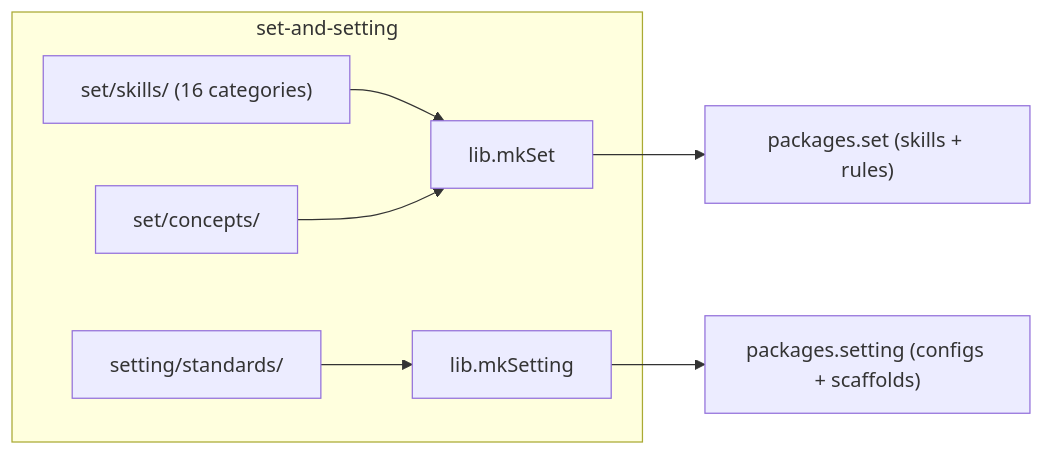
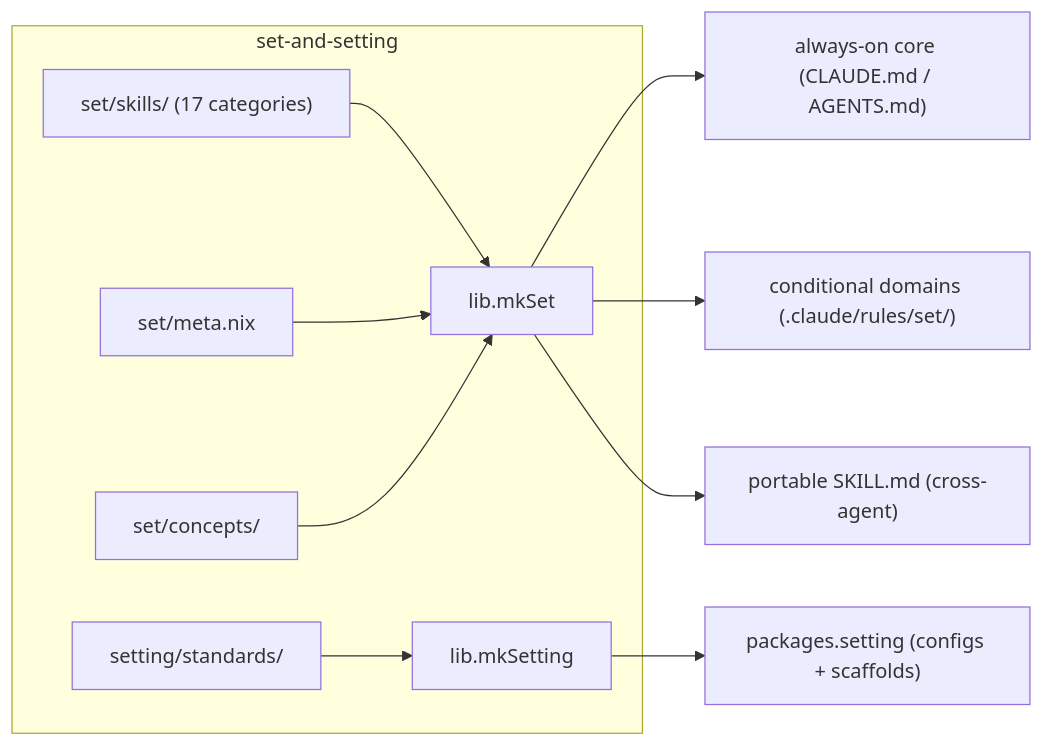
One commit to pr0d1r2/set-and-setting changed the first of 3 diagrams in README.md. Above: the diagram before and after it, drawn with Mermaid. The commit also changed other lines of this file and 1 other file, not shown here.

````diff
--- a/README.md
+++ b/README.md
@@ -186,11 +226,14 @@
 ```mermaid
 graph LR
     subgraph "set-and-setting"
-        S["set/skills/ (16 categories)"] --> mkSet[lib.mkSet]
+        S["set/skills/ (17 categories)"] --> mkSet[lib.mkSet]
+        M[set/meta.nix] --> mkSet
         C[set/concepts/] --> mkSet
         E[setting/standards/] --> mkSetting[lib.mkSetting]
     end
 
-    mkSet --> D1["packages.set (skills + rules)"]
+    mkSet --> A["always-on core (CLAUDE.md / AGENTS.md)"]
+    mkSet --> B["conditional domains (.claude/rules/set/)"]
+    mkSet --> K["portable SKILL.md (cross-agent)"]
     mkSetting --> D2["packages.setting (configs + scaffolds)"]
 ```
````
